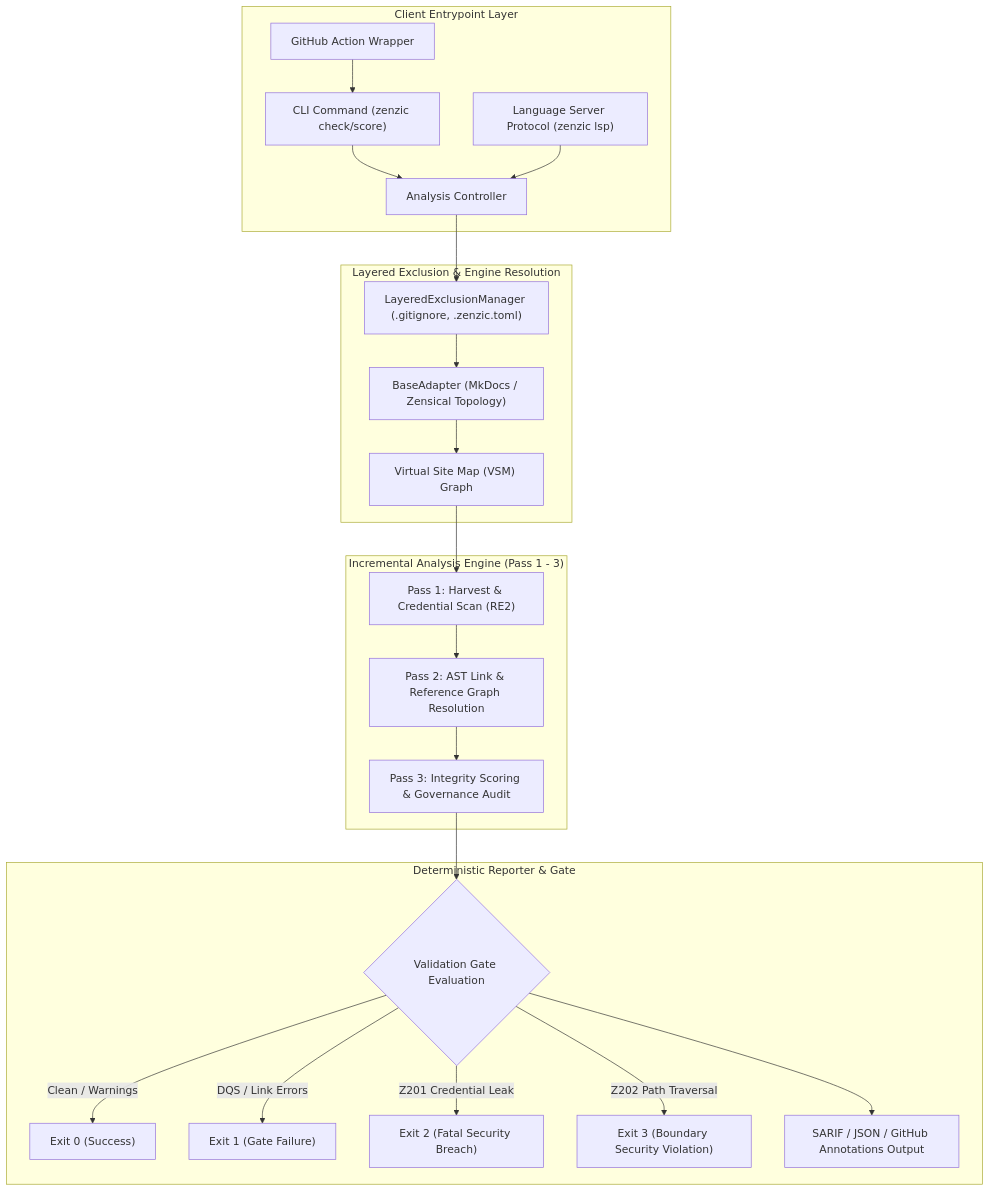
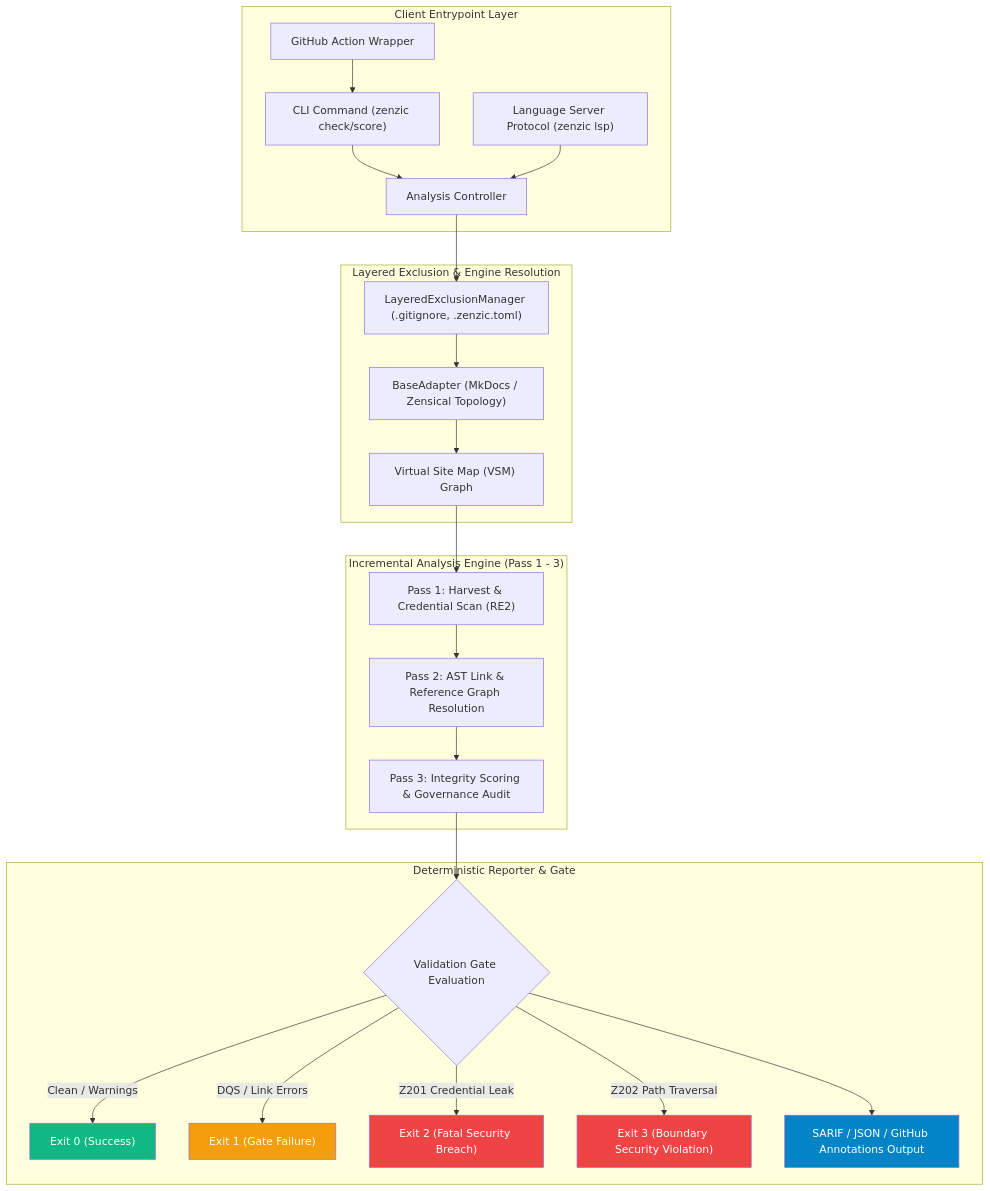
The first of 2 diagrams in docs/explanation/architecture.md (PythonWoods-Dev/zenzic), drawn with Mermaid before and after one commit. The commit also changed other lines of this file and 6 other files, not shown here.

First line of the commit message:
docs(ui): harmonize mermaid diagram styles and suppression governance cards (#219)

````diff
--- a/docs/explanation/architecture.md
+++ b/docs/explanation/architecture.md
@@ -37,29 +37,35 @@
 ```mermaid
 flowchart TD
     subgraph Client ["Client Entrypoint Layer"]
         A["CLI Command (zenzic check/score)"] --> D["Analysis Controller"]
         B["Language Server Protocol (zenzic lsp)"] --> D
         C["GitHub Action Wrapper"] --> A
     end
 
     subgraph Scope ["Layered Exclusion & Engine Resolution"]
         D --> E["LayeredExclusionManager (.gitignore, .zenzic.toml)"]
         E --> F["BaseAdapter (MkDocs / Zensical Topology)"]
         F --> G["Virtual Site Map (VSM) Graph"]
     end
 
     subgraph Analysis ["Incremental Analysis Engine (Pass 1 - 3)"]
         G --> H["Pass 1: Harvest & Credential Scan (RE2)"]
         H --> I["Pass 2: AST Link & Reference Graph Resolution"]
         I --> J["Pass 3: Integrity Scoring & Governance Audit"]
     end
 
     subgraph Output ["Deterministic Reporter & Gate"]
         J --> K{"Validation Gate Evaluation"}
         K -->|Clean / Warnings| L["Exit 0 (Success)"]
         K -->|DQS / Link Errors| M["Exit 1 (Gate Failure)"]
         K -->|Z201 Credential Leak| N["Exit 2 (Fatal Security Breach)"]
         K -->|Z202 Path Traversal| O["Exit 3 (Boundary Security Violation)"]
         K --> P["SARIF / JSON / GitHub Annotations Output"]
     end
+
+    style L fill:#10b981,color:#fff
+    style M fill:#f59e0b,color:#fff
+    style N fill:#ef4444,color:#fff
+    style O fill:#ef4444,color:#fff
+    style P fill:#0284c7,color:#fff
 ```
````
